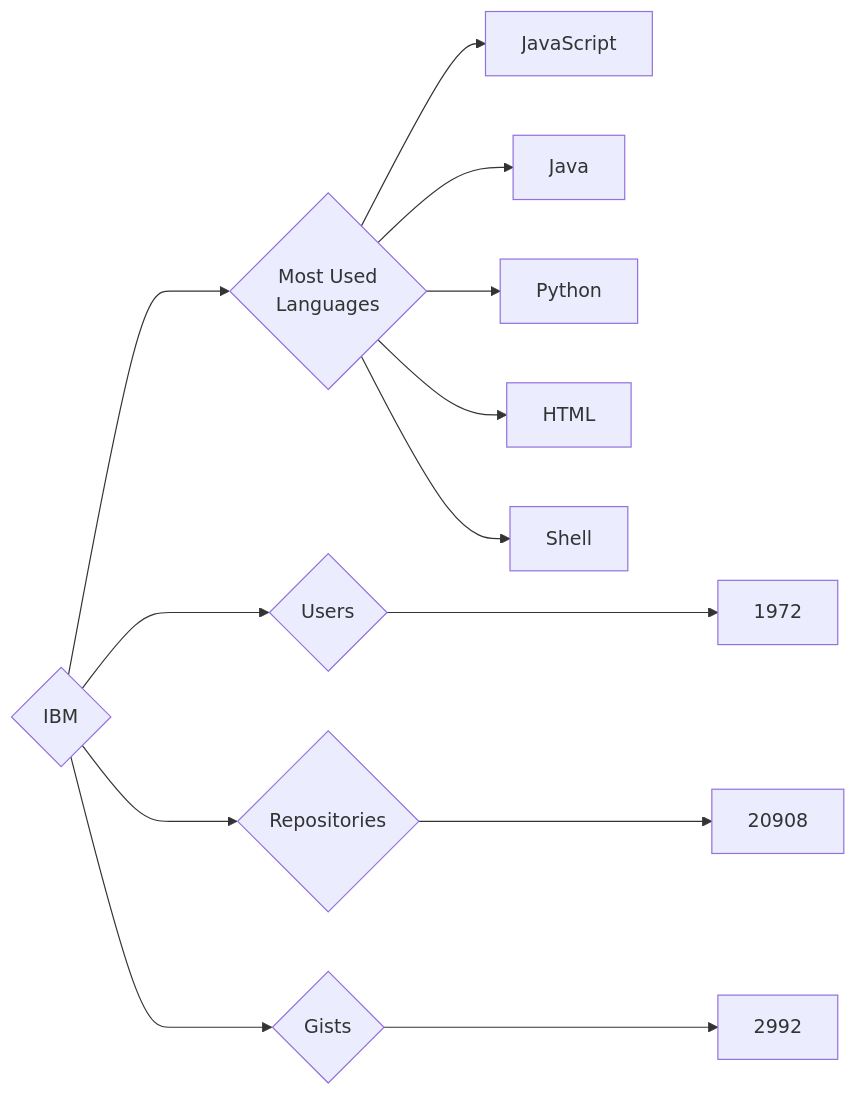
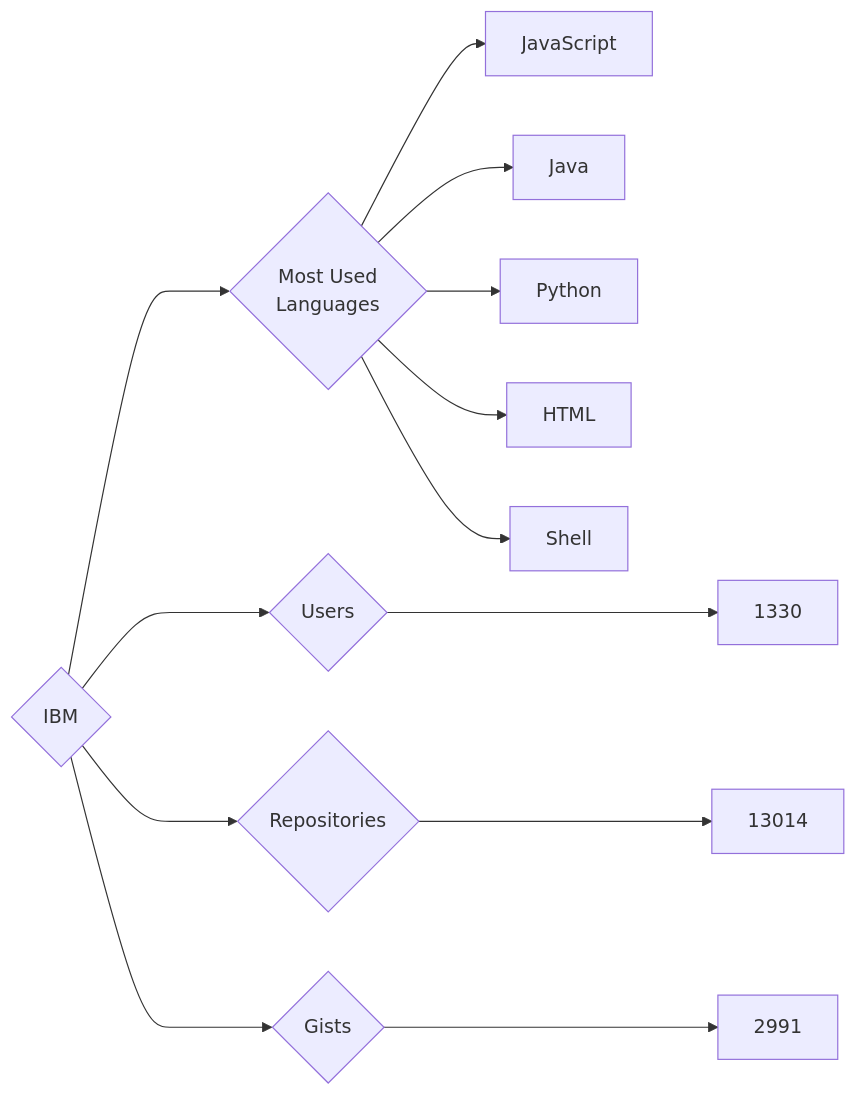
Before and after one commit to trickest/insiders: the diagram in targets/IBM/README.md, drawn with Mermaid. The commit also changed 894 other files, not shown here.

````diff
--- a/targets/IBM/README.md
+++ b/targets/IBM/README.md
@@ -3,13 +3,13 @@
 ```mermaid
 graph LR
 COMPANY_NAME{IBM}
-COMPANY_NAME ---> U{Users} ---> UN[1972]
-COMPANY_NAME ---> R{Repositories} ---> RN[20908]
-COMPANY_NAME ---> G{Gists} ---> GN[2992]
+COMPANY_NAME ---> U{Users} ---> UN[1330]
+COMPANY_NAME ---> R{Repositories} ---> RN[13014]
+COMPANY_NAME ---> G{Gists} ---> GN[2991]
 COMPANY_NAME ---> ML{Most Used<br>Languages}
 ML --> JavaScript[JavaScript]
 ML --> Java[Java]
 ML --> Python[Python]
 ML --> HTML[HTML]
 ML --> Shell[Shell]
 ```
````
